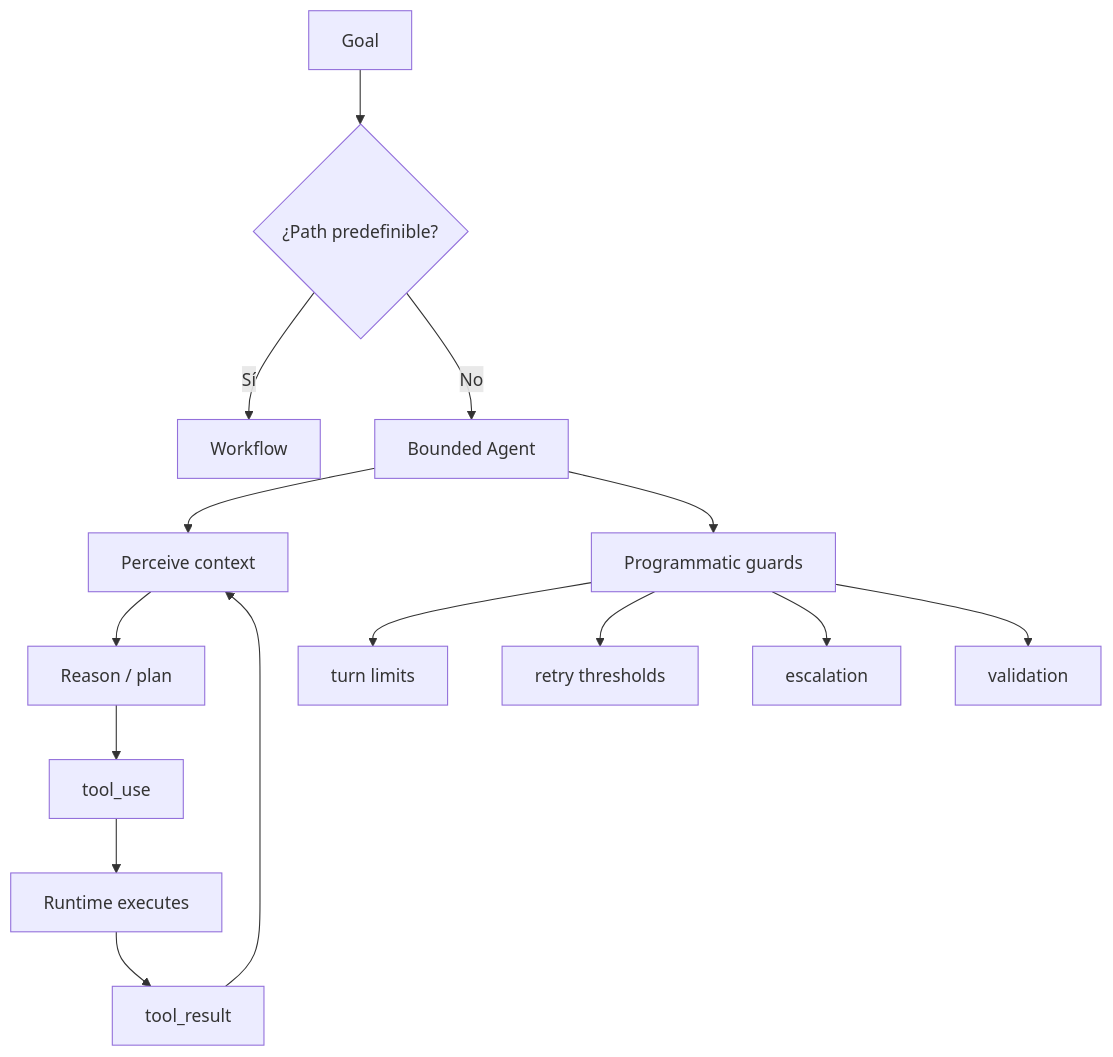
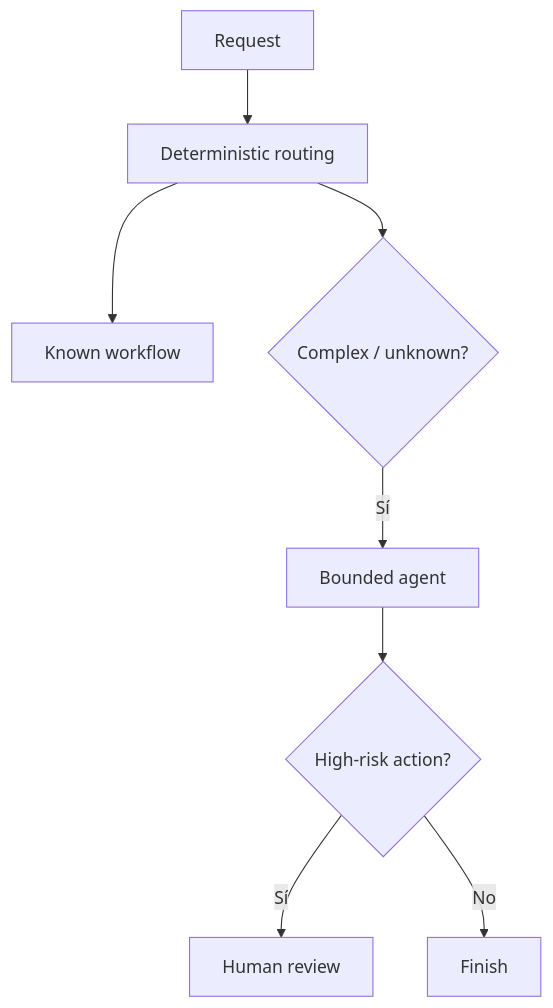
Diagram 12 of 12 in 02-agentic-architecture-foundations/README.md (franciscogarcia-sys/guia-estudio-claude-ccar-f-bitlogic), drawn with Mermaid before and after one commit. The commit also changed other lines of this file, not shown here.

````diff
--- a/02-agentic-architecture-foundations/README.md
+++ b/02-agentic-architecture-foundations/README.md
@@ -739,19 +952,10 @@
 ```mermaid
 flowchart TD
-    A[Goal] --> B{¿Path predefinible?}
-    B -->|Sí| W[Workflow]
-    B -->|No| AG[Bounded Agent]
-
-    AG --> P[Perceive context]
-    P --> R[Reason / plan]
-    R --> TU[tool_use]
-    TU --> RT[Runtime executes]
-    RT --> TR[tool_result]
-    TR --> P
-
-    AG --> G[Programmatic guards]
-    G --> L[turn limits]
-    G --> X[retry thresholds]
-    G --> E[escalation]
-    G --> V[validation]
+    U[Request] --> R[Deterministic routing]
+    R --> K[Known workflow]
+    R --> C{Complex / unknown?}
+    C -->|Sí| A[Bounded agent]
+    A --> H{High-risk action?}
+    H -->|Sí| P[Human review]
+    H -->|No| F[Finish]
 ```
````
